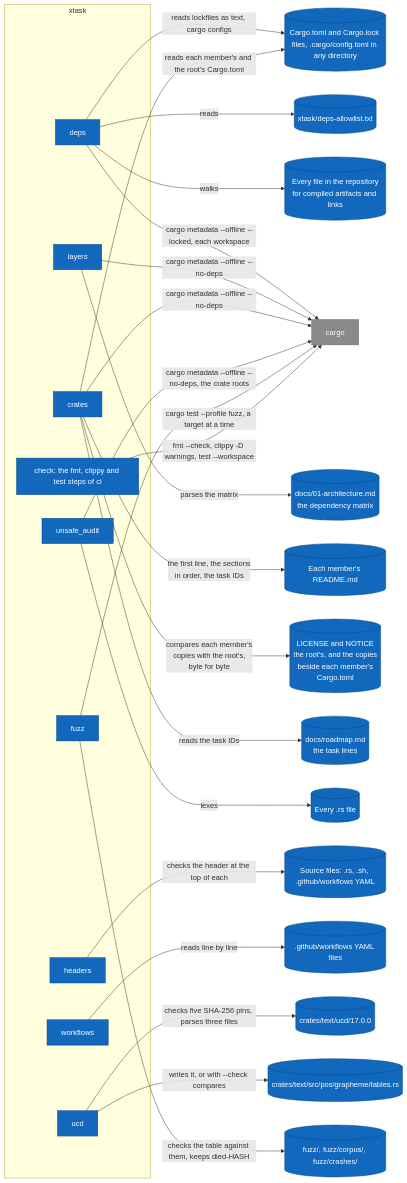
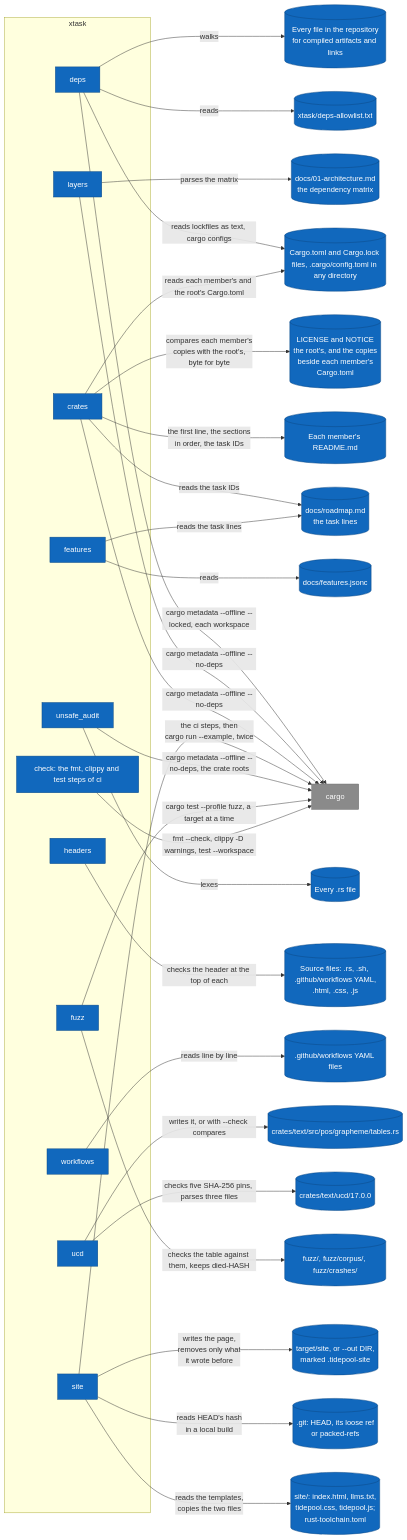
Before and after one commit to jabbott-iii/Tidepool: diagram 14 of 16 in diagrams/c4-architecture.md, drawn with Mermaid. The commit also changed other lines of this file and 38 other files, not shown here.

````diff
--- a/diagrams/c4-architecture.md
+++ b/diagrams/c4-architecture.md
@@ -622,56 +669,68 @@
 ```mermaid
 flowchart LR
     subgraph b_checks["xtask"]
         m_deps["deps"]
         m_layers["layers"]
         m_crates["crates"]
+        m_features["features"]
         m_unsafe["unsafe_audit"]
         m_headers["headers"]
         m_workflows["workflows"]
         m_ucd["ucd"]
         m_fuzz["fuzz"]
+        m_site["site"]
         m_steps["check: the fmt, clippy and test steps of ci"]
     end
     e_cargo["cargo"]
     s_manifests[("Cargo.toml and Cargo.lock files, .cargo/config.toml in any directory")]
     s_allow[("xtask/deps-allowlist.txt")]
     s_every[("Every file in the repository<br/>for compiled artifacts and links")]
     s_arch[("docs/01-architecture.md<br/>the dependency matrix")]
     s_roadmap[("docs/roadmap.md<br/>the task lines")]
     s_readmes[("Each member's README.md")]
     s_license[("LICENSE and NOTICE<br/>the root's, and the copies<br/>beside each member's<br/>Cargo.toml")]
     s_rs[("Every .rs file")]
-    s_source[("Source files: .rs, .sh, .github/workflows YAML")]
+    s_source[("Source files: .rs, .sh, .github/workflows YAML,<br/>.html, .css, .js")]
+    s_features[("docs/features.jsonc")]
+    s_site[("site/: index.html, llms.txt,<br/>tidepool.css, tidepool.js;<br/>rust-toolchain.toml")]
+    s_git[(".git: HEAD, its loose ref<br/>or packed-refs")]
+    s_out[("target/site, or --out DIR,<br/>marked .tidepool-site")]
     s_wf[(".github/workflows YAML files")]
     s_ucd[("crates/text/ucd/17.0.0")]
     s_tables[("crates/text/src/pos/grapheme/tables.rs")]
     s_fuzz[("fuzz/, fuzz/corpus/, fuzz/crashes/")]
 
     m_deps -->|"reads lockfiles as text, cargo configs"| s_manifests
     m_deps -->|"reads"| s_allow
     m_deps -->|"walks"| s_every
     m_deps -->|"cargo metadata --offline --locked, each workspace"| e_cargo
     m_layers -->|"parses the matrix"| s_arch
     m_layers -->|"cargo metadata --offline --no-deps"| e_cargo
     m_crates -->|"reads each member's and the root's Cargo.toml"| s_manifests
     m_crates -->|"the first line, the sections<br/>in order, the task IDs"| s_readmes
     m_crates -->|"compares each member's<br/>copies with the root's,<br/>byte for byte"| s_license
     m_crates -->|"reads the task IDs"| s_roadmap
     m_crates -->|"cargo metadata --offline --no-deps"| e_cargo
+    m_features -->|"reads"| s_features
+    m_features -->|"reads the task lines"| s_roadmap
+    m_site -->|"reads the templates,<br/>copies the two files"| s_site
+    m_site -->|"reads HEAD's hash<br/>in a local build"| s_git
+    m_site -->|"writes the page,<br/>removes only what<br/>it wrote before"| s_out
+    m_site -->|"the ci steps, then<br/>cargo run --example, twice"| e_cargo
     m_unsafe -->|"lexes"| s_rs
     m_unsafe -->|"cargo metadata --offline --no-deps, the crate roots"| e_cargo
     m_headers -->|"checks the header at the top of each"| s_source
     m_workflows -->|"reads line by line"| s_wf
     m_ucd -->|"checks five SHA-256 pins, parses three files"| s_ucd
     m_ucd -->|"writes it, or with --check compares"| s_tables
     m_fuzz -->|"checks the table against them, keeps died-HASH"| s_fuzz
     m_fuzz -->|"cargo test --profile fuzz, a target at a time"| e_cargo
     m_steps -->|"fmt --check, clippy -D warnings, test --workspace"| e_cargo
 
     classDef built fill:#1168bd,stroke:#0b4884,color:#ffffff
     classDef external fill:#8a8a8a,stroke:#6b6b6b,color:#ffffff
     classDef store fill:#1168bd,stroke:#0b4884,color:#ffffff
-    class m_deps,m_layers,m_crates,m_unsafe,m_headers,m_workflows,m_ucd,m_fuzz,m_steps built
-    class s_manifests,s_allow,s_every,s_arch,s_roadmap,s_readmes,s_license,s_rs,s_source,s_wf,s_ucd,s_tables,s_fuzz store
+    class m_deps,m_layers,m_crates,m_features,m_unsafe,m_headers,m_workflows,m_ucd,m_fuzz,m_site,m_steps built
+    class s_manifests,s_allow,s_every,s_arch,s_roadmap,s_readmes,s_license,s_rs,s_source,s_wf,s_ucd,s_tables,s_fuzz,s_features,s_site,s_git,s_out store
     class e_cargo external
 ```
````
